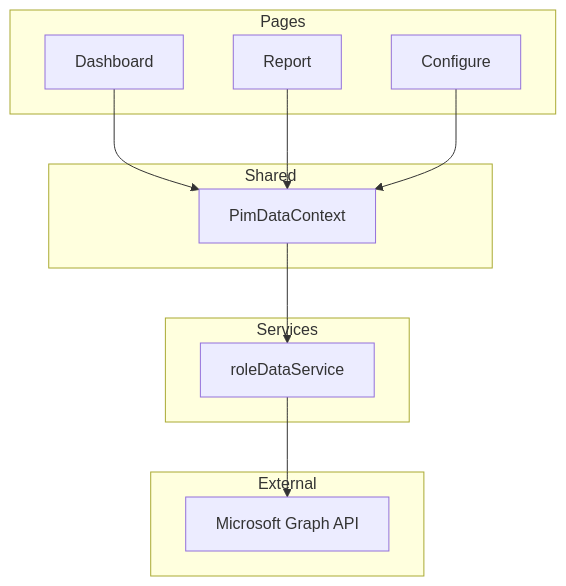
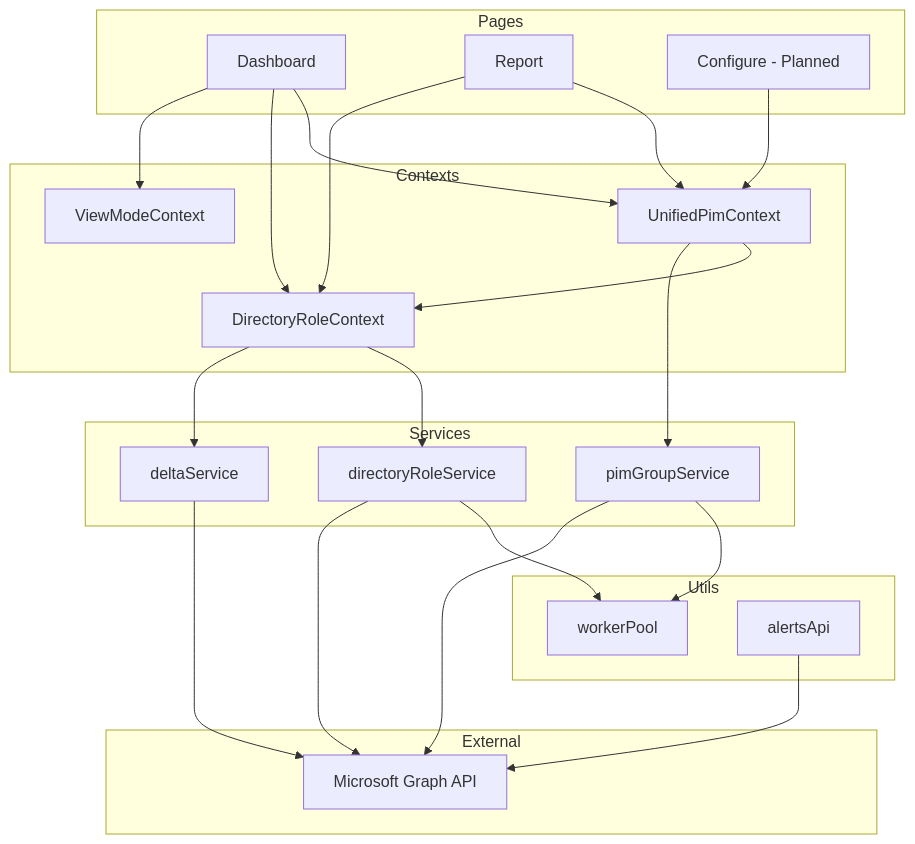
The diagram in docs/en/02-folder-structure.md (0125joel/PIM-Manager), drawn with Mermaid before and after one commit. The commit also changed other lines of this file and 28 other files, not shown here.

````diff
--- a/docs/en/02-folder-structure.md
+++ b/docs/en/02-folder-structure.md
@@ -177,26 +223,46 @@
 ```mermaid
 flowchart TD
     subgraph "Pages"
         A[Dashboard]
         B[Report]
-        C[Configure]
+        C[Configure - Planned]
     end
 
-    subgraph "Shared"
-        D[PimDataContext]
+    subgraph "Contexts"
+        D[UnifiedPimContext]
+        E[DirectoryRoleContext]
+        F[ViewModeContext]
     end
 
     subgraph "Services"
-        E[roleDataService]
+        G[directoryRoleService]
+        H[pimGroupService]
+        I[deltaService]
+    end
+
+    subgraph "Utils"
+        J[workerPool]
+        K[alertsApi]
     end
 
     subgraph "External"
-        F[Microsoft Graph API]
+        L[Microsoft Graph API]
     end
 
     A --> D
+    A --> E
+    A --> F
     B --> D
+    B --> E
     C --> D
     D --> E
-    E --> F
+    D --> H
+    E --> G
+    E --> I
+    G --> J
+    G --> L
+    H --> J
+    H --> L
+    I --> L
+    K --> L
 ```
````
